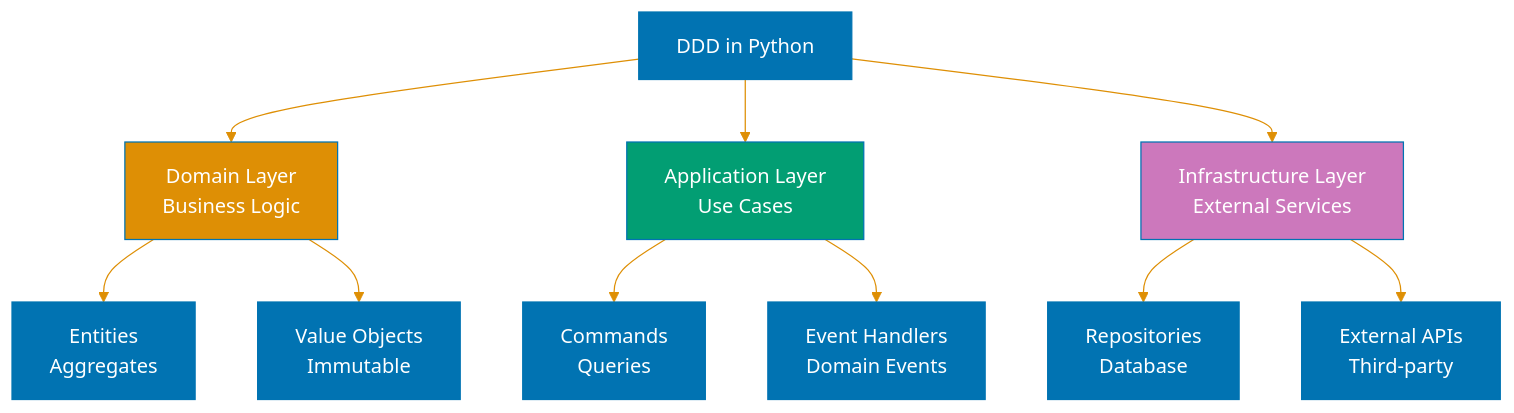
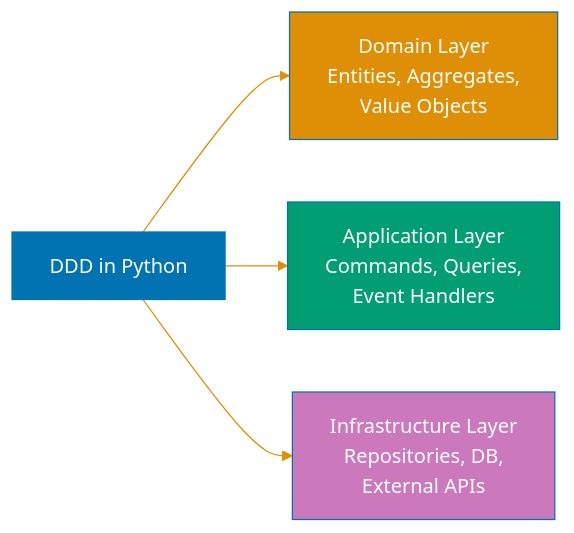
The sixth of 6 diagrams in docs/explanation/software-engineering/programming-languages/python/domain-driven-design.md (wahidyankf/open-sharia-enterprise), drawn with Mermaid before and after one commit. The commit also changed other lines of this file and 12 other files, not shown here.

First line of the commit message:
fix(docs): fix mermaid violations in python docs

````diff
--- a/docs/explanation/software-engineering/programming-languages/python/domain-driven-design.md
+++ b/docs/explanation/software-engineering/programming-languages/python/domain-driven-design.md
@@ -653,21 +653,12 @@
 ```mermaid
 %%{init: {'theme':'base', 'themeVariables': { 'primaryColor':'#0173B2','primaryTextColor':'#fff','primaryBorderColor':'#0173B2','lineColor':'#DE8F05','secondaryColor':'#029E73','tertiaryColor':'#CC78BC','fontSize':'16px'}}}%%
-flowchart TD
-    A[DDD in Python] --> B[Domain Layer<br/>Business Logic]
-    A --> C[Application Layer<br/>Use Cases]
-    A --> D[Infrastructure Layer<br/>External Services]
-
-    B --> E[Entities<br/>Aggregates]
-    B --> F[Value Objects<br/>Immutable]
-
-    C --> G[Commands<br/>Queries]
-    C --> H[Event Handlers<br/>Domain Events]
-
-    D --> I[Repositories<br/>Database]
-    D --> J[External APIs<br/>Third-party]
+flowchart LR
+    A[DDD in Python] --> B["Domain Layer<br/>Entities, Aggregates,<br/>Value Objects"]
+    A --> C["Application Layer<br/>Commands, Queries,<br/>Event Handlers"]
+    A --> D["Infrastructure Layer<br/>Repositories, DB,<br/>External APIs"]
 
     style A fill:#0173B2,color:#fff
     style B fill:#DE8F05,color:#fff
     style C fill:#029E73,color:#fff
     style D fill:#CC78BC,color:#fff
 ```
````
